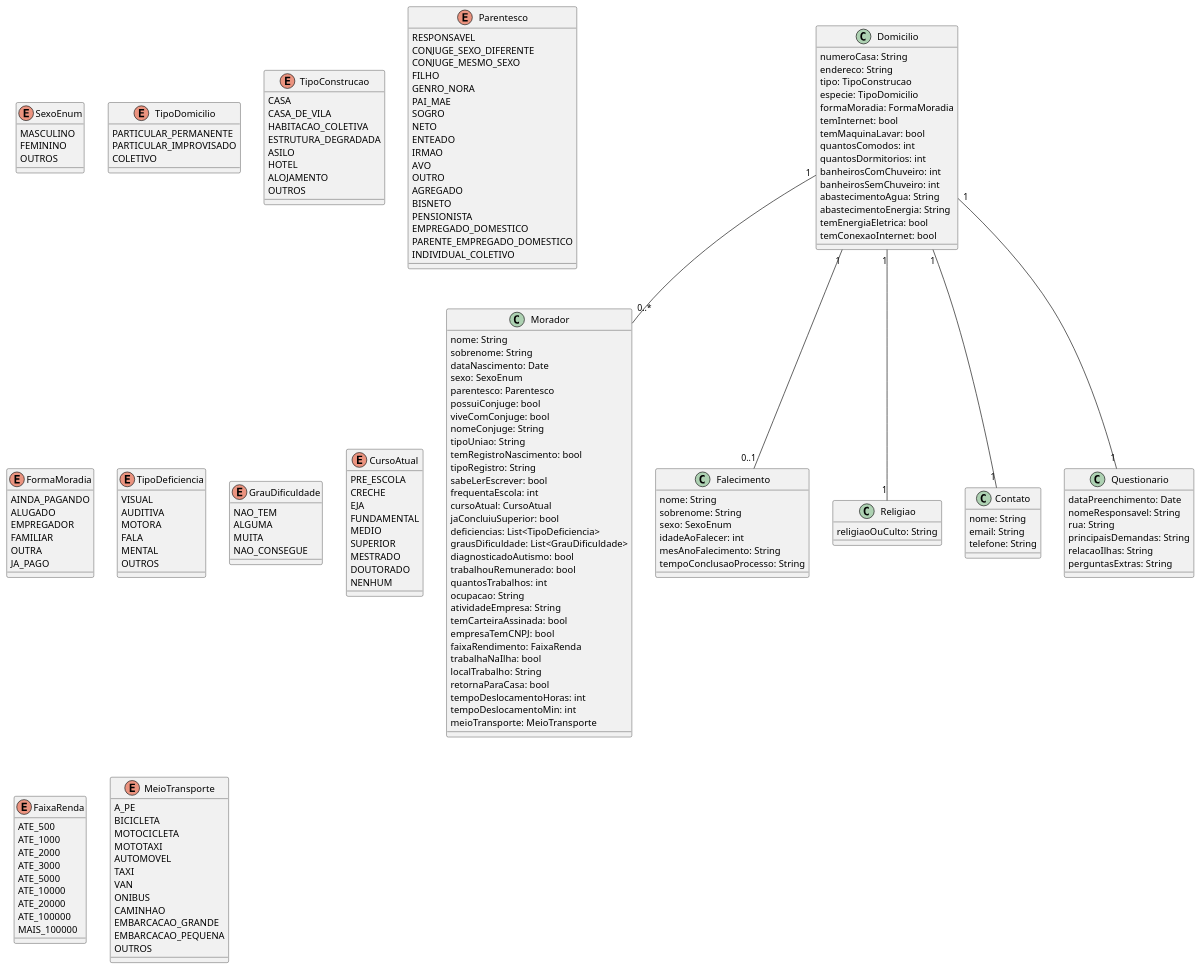
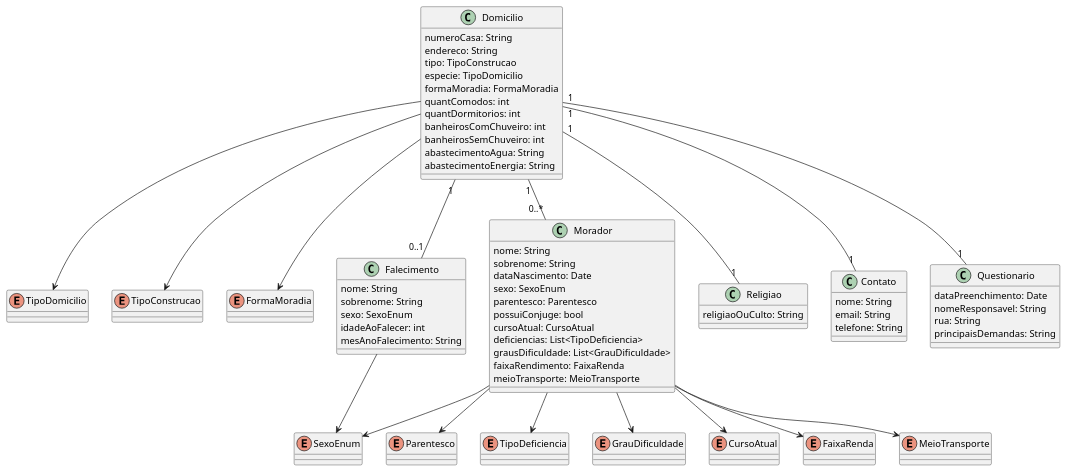
The diagram in docs/modelagem/Diagrama-de-Classes.puml (Projetos-de-Extensao/PBE_25.1_8002_SkolBits), drawn with PlantUML before and after one commit. The commit also changed 1 other file, not shown here.

Commit message:
Atualizando Diagrama de Classes e introduzingo png

```diff
--- a/docs/modelagem/Diagrama-de-Classes.puml
+++ b/docs/modelagem/Diagrama-de-Classes.puml
@@ -1,114 +1,15 @@
-@startuml Diagrama De Classes
+@startuml DiagramaDeClasses_Reduzido
 
-enum SexoEnum {
-  MASCULINO
-  FEMININO
-  OUTROS
-}
-
-enum TipoDomicilio {
-  PARTICULAR_PERMANENTE
-  PARTICULAR_IMPROVISADO
-  COLETIVO
-}
-
-enum TipoConstrucao {
-  CASA
-  CASA_DE_VILA
-  HABITACAO_COLETIVA
-  ESTRUTURA_DEGRADADA
-  ASILO
-  HOTEL
-  ALOJAMENTO
-  OUTROS
-}
-
-enum Parentesco {
-  RESPONSAVEL
-  CONJUGE_SEXO_DIFERENTE
-  CONJUGE_MESMO_SEXO
-  FILHO
-  GENRO_NORA
-  PAI_MAE
-  SOGRO
-  NETO
-  ENTEADO
-  IRMAO
-  AVO
-  OUTRO
-  AGREGADO
-  BISNETO
-  PENSIONISTA
-  EMPREGADO_DOMESTICO
-  PARENTE_EMPREGADO_DOMESTICO
-  INDIVIDUAL_COLETIVO
-}
-
-enum FormaMoradia {
-  AINDA_PAGANDO
-  ALUGADO
-  EMPREGADOR
-  FAMILIAR
-  OUTRA
-  JA_PAGO
-}
-
-enum TipoDeficiencia {
-  VISUAL
-  AUDITIVA
-  MOTORA
-  FALA
-  MENTAL
-  OUTROS
-}
-
-enum GrauDificuldade {
-  NAO_TEM
-  ALGUMA
-  MUITA
-  NAO_CONSEGUE
-}
-
-enum CursoAtual {
-  PRE_ESCOLA
-  CRECHE
-  EJA
-  FUNDAMENTAL
-  MEDIO
-  SUPERIOR
-  MESTRADO
-  DOUTORADO
-  NENHUM
-}
-
-enum FaixaRenda {
-  ATE_500
-  ATE_1000
-  ATE_2000
-  ATE_3000
-  ATE_5000
-  ATE_10000
-  ATE_20000
-  ATE_100000
-  MAIS_100000
-}
-
-enum MeioTransporte {
-  A_PE
-  BICICLETA
-  MOTOCICLETA
-  MOTOTAXI
-  AUTOMOVEL
-  TAXI
-  VAN
-  ONIBUS
-  CAMINHAO
-  EMBARCACAO_GRANDE
-  EMBARCACAO_PEQUENA
-  OUTROS
-}
-
-' Classes
+enum SexoEnum
+enum TipoDomicilio
+enum TipoConstrucao
+enum Parentesco
+enum FormaMoradia
+enum TipoDeficiencia
+enum GrauDificuldade
+enum CursoAtual
+enum FaixaRenda
+enum MeioTransporte
 
 class Domicilio {
   numeroCasa: String
@@ -116,16 +17,12 @@
   tipo: TipoConstrucao
   especie: TipoDomicilio
   formaMoradia: FormaMoradia
-  temInternet: bool
-  temMaquinaLavar: bool
-  quantosComodos: int
-  quantosDormitorios: int
+  quantComodos: int
+  quantDormitorios: int
   banheirosComChuveiro: int
   banheirosSemChuveiro: int
   abastecimentoAgua: String
   abastecimentoEnergia: String
-  temEnergiaEletrica: bool
-  temConexaoInternet: bool
 }
 
 class Morador {
@@ -135,30 +32,10 @@
   sexo: SexoEnum
   parentesco: Parentesco
   possuiConjuge: bool
-  viveComConjuge: bool
-  nomeConjuge: String
-  tipoUniao: String
-  temRegistroNascimento: bool
-  tipoRegistro: String
-  sabeLerEscrever: bool
-  frequentaEscola: int
   cursoAtual: CursoAtual
-  jaConcluiuSuperior: bool
   deficiencias: List<TipoDeficiencia>
   grausDificuldade: List<GrauDificuldade>
-  diagnosticadoAutismo: bool
-  trabalhouRemunerado: bool
-  quantosTrabalhos: int
-  ocupacao: String
-  atividadeEmpresa: String
-  temCarteiraAssinada: bool
-  empresaTemCNPJ: bool
   faixaRendimento: FaixaRenda
-  trabalhaNaIlha: bool
-  localTrabalho: String
-  retornaParaCasa: bool
-  tempoDeslocamentoHoras: int
-  tempoDeslocamentoMin: int
   meioTransporte: MeioTransporte
 }
 
@@ -168,7 +45,6 @@
   sexo: SexoEnum
   idadeAoFalecer: int
   mesAnoFalecimento: String
-  tempoConclusaoProcesso: String
 }
 
 class Religiao {
@@ -186,11 +62,7 @@
   nomeResponsavel: String
   rua: String
   principaisDemandas: String
-  relacaoIlhas: String
-  perguntasExtras: String
 }
-
-' Relacionamentos
 
 Domicilio "1" -- "0..*" Morador
 Domicilio "1" -- "0..1" Falecimento
@@ -198,4 +70,18 @@
 Domicilio "1" -- "1" Contato
 Domicilio "1" -- "1" Questionario
 
+Domicilio --> TipoConstrucao
+Domicilio --> TipoDomicilio
+Domicilio --> FormaMoradia
+
+Morador --> SexoEnum
+Morador --> Parentesco
+Morador --> CursoAtual
+Morador --> TipoDeficiencia
+Morador --> GrauDificuldade
+Morador --> FaixaRenda
+Morador --> MeioTransporte
+
+Falecimento --> SexoEnum
+
 @enduml
```
